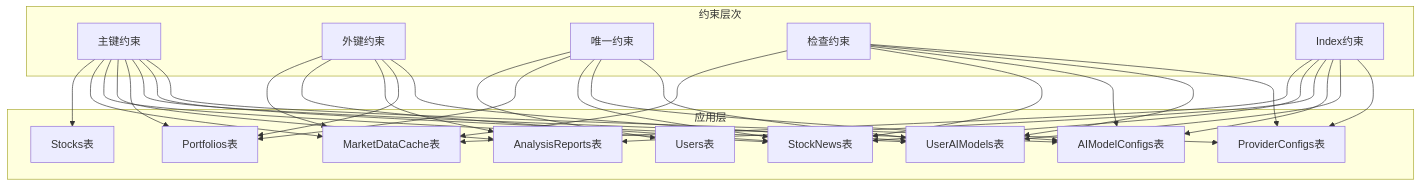
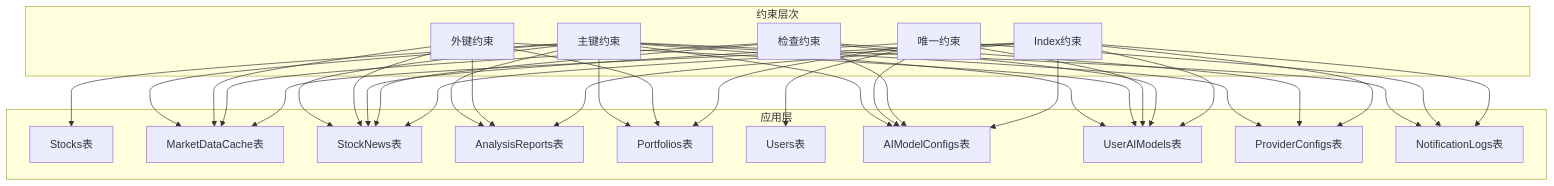
Diagram 17 of 18 in .qoder/repowiki/zh/content/数据库设计/数据库模式增强.md (breeze-lyf/ai-stock-advisor), drawn with Mermaid before and after one commit. The commit also changed other lines of this file and 122 other files, not shown here.

````diff
--- a/.qoder/repowiki/zh/content/数据库设计/数据库模式增强.md
+++ b/.qoder/repowiki/zh/content/数据库设计/数据库模式增强.md
@@ -860,50 +1021,54 @@
 ```mermaid
 graph TB
 subgraph "约束层次"
 Primary[主键约束]
 Foreign[外键约束]
 Unique[唯一约束]
 Check[检查约束]
 Index[Index约束]
 end
 subgraph "应用层"
 Stocks[Stocks表]
 MarketData[MarketDataCache表]
 StockNews[StockNews表]
 AnalysisReports[AnalysisReports表]
 Portfolios[Portfolios表]
 Users[Users表]
 AIConfigs[AIModelConfigs表]
 UserAIConfigs[UserAIModels表]
 ProviderConfigs[ProviderConfigs表]
+NotificationLogs[NotificationLogs表]
 end
 Primary --> Stocks
 Primary --> MarketData
 Primary --> StockNews
 Primary --> AnalysisReports
 Primary --> Portfolios
 Primary --> AIConfigs
 Primary --> UserAIConfigs
 Primary --> ProviderConfigs
+Primary --> NotificationLogs
 Foreign --> MarketData
 Foreign --> StockNews
 Foreign --> AnalysisReports
 Foreign --> Portfolios
 Foreign --> UserAIConfigs
 Unique --> Users
 Unique --> Portfolios
 Unique --> StockNews
 Unique --> AIConfigs
 Unique --> UserAIConfigs
+Unique --> NotificationLogs
 Check --> MarketData
 Check --> StockNews
 Check --> AIConfigs
 Check --> UserAIConfigs
 Check --> ProviderConfigs
 Index --> MarketData
 Index --> StockNews
 Index --> AnalysisReports
 Index --> AIConfigs
 Index --> UserAIConfigs
 Index --> ProviderConfigs
+Index --> NotificationLogs
 ```
````
